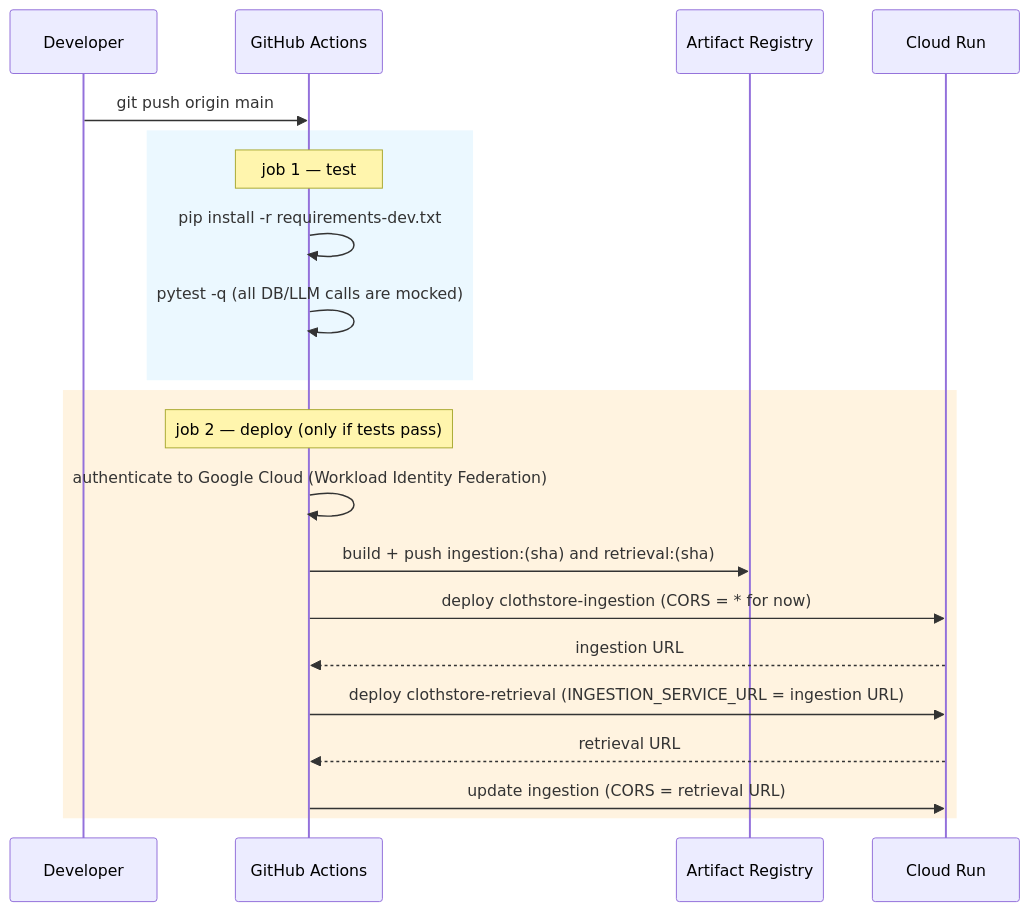
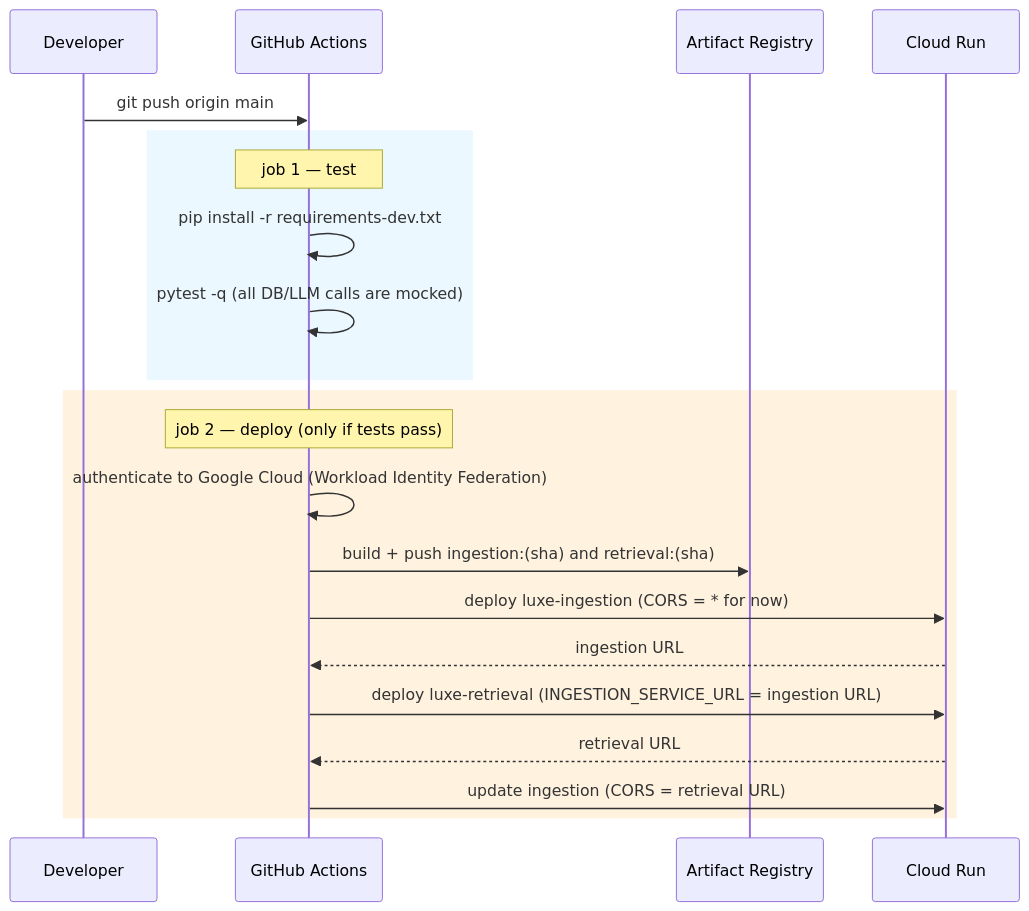
The second of 2 diagrams in docs/07-deployment.md (d-hackmt/ecom-store-gcp), drawn with Mermaid before and after one commit. The commit also changed other lines of this file and 32 other files, not shown here.

````diff
--- a/docs/07-deployment.md
+++ b/docs/07-deployment.md
@@ -57,26 +57,26 @@
 ```mermaid
 sequenceDiagram
     participant Dev as Developer
     participant GH as GitHub Actions
     participant AR as Artifact Registry
     participant CR as Cloud Run
 
     Dev->>GH: git push origin main
 
     rect rgb(235,248,255)
     Note over GH: job 1 — test
     GH->>GH: pip install -r requirements-dev.txt
     GH->>GH: pytest -q     (all DB/LLM calls are mocked)
     end
 
     rect rgb(255,243,224)
     Note over GH: job 2 — deploy (only if tests pass)
     GH->>GH: authenticate to Google Cloud (Workload Identity Federation)
     GH->>AR: build + push ingestion:(sha) and retrieval:(sha)
-    GH->>CR: deploy clothstore-ingestion  (CORS = * for now)
+    GH->>CR: deploy luxe-ingestion  (CORS = * for now)
     CR-->>GH: ingestion URL
-    GH->>CR: deploy clothstore-retrieval  (INGESTION_SERVICE_URL = ingestion URL)
+    GH->>CR: deploy luxe-retrieval  (INGESTION_SERVICE_URL = ingestion URL)
     CR-->>GH: retrieval URL
     GH->>CR: update ingestion  (CORS = retrieval URL)
     end
 ```
````
